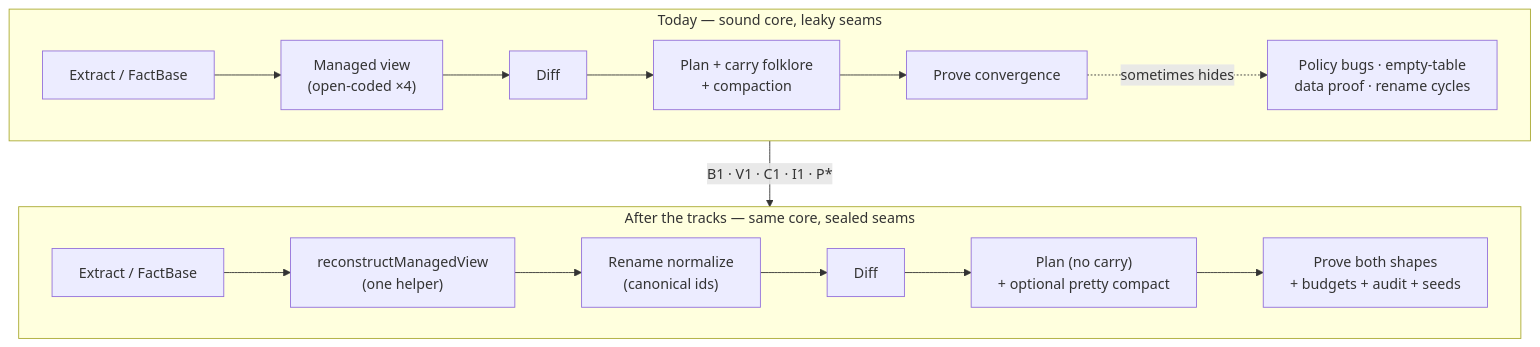
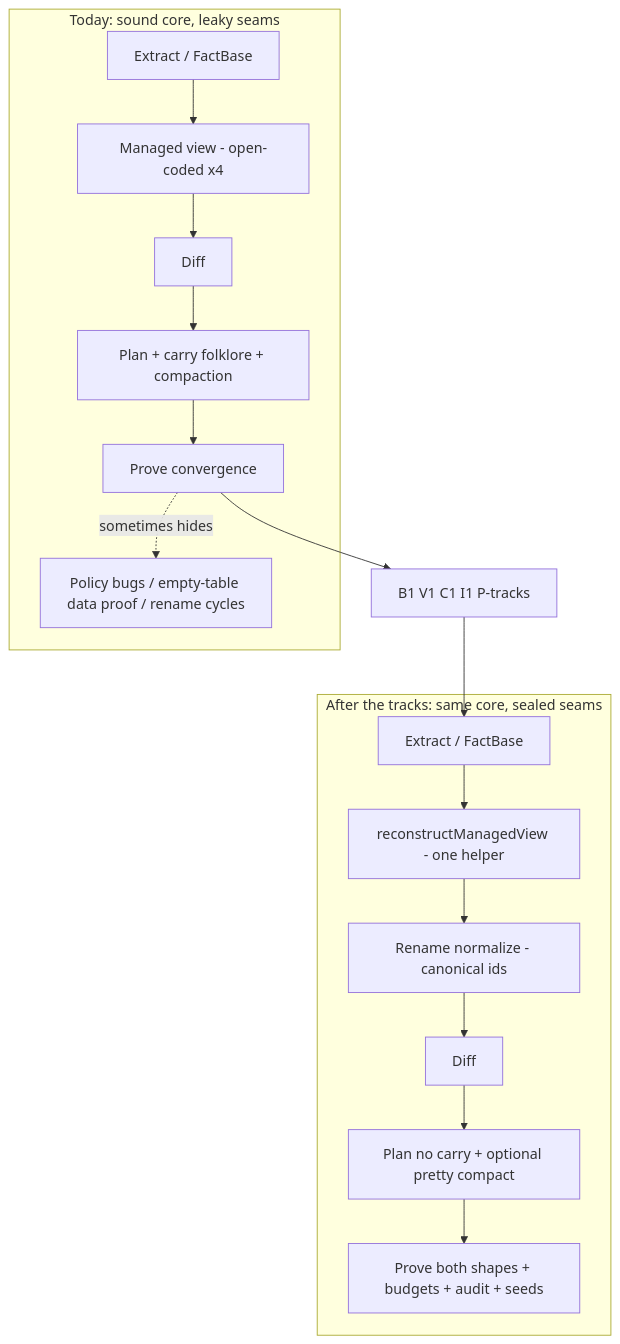
Before and after one commit to 7ttp/pg-toolbelt: the first of 11 diagrams in docs/roadmap/agent-tracks/OVERVIEW.md, drawn with Mermaid. The commit also changed other lines of this file and 2 other files, not shown here.

````diff
--- a/docs/roadmap/agent-tracks/OVERVIEW.md
+++ b/docs/roadmap/agent-tracks/OVERVIEW.md
@@ -19,20 +19,22 @@
 ```mermaid
 flowchart TB
-  subgraph today ["Today — sound core, leaky seams"]
-    E[Extract / FactBase] --> V["Managed view<br/>(open-coded ×4)"]
+  subgraph today [Today: sound core, leaky seams]
+    E[Extract / FactBase] --> V[Managed view - open-coded x4]
     V --> D[Diff]
-    D --> P["Plan + carry folklore<br/>+ compaction"]
+    D --> P[Plan + carry folklore + compaction]
     P --> R[Prove convergence]
-    R -.->|sometimes hides| X["Policy bugs · empty-table<br/>data proof · rename cycles"]
+    R -.->|sometimes hides| X[Policy bugs / empty-table data proof / rename cycles]
   end
 
-  subgraph after ["After the tracks — same core, sealed seams"]
-    E2[Extract / FactBase] --> V2["reconstructManagedView<br/>(one helper)"]
-    V2 --> N["Rename normalize<br/>(canonical ids)"]
+  R --> BRIDGE[B1 V1 C1 I1 P-tracks]
+
+  subgraph after [After the tracks: same core, sealed seams]
+    E2[Extract / FactBase] --> V2[reconstructManagedView - one helper]
+    V2 --> N[Rename normalize - canonical ids]
     N --> D2[Diff]
-    D2 --> P2["Plan (no carry)<br/>+ optional pretty compact"]
-    P2 --> R2["Prove both shapes<br/>+ budgets + audit + seeds"]
+    D2 --> P2[Plan no carry + optional pretty compact]
+    P2 --> R2[Prove both shapes + budgets + audit + seeds]
   end
 
-  today -->|"B1 · V1 · C1 · I1 · P*"| after
+  BRIDGE --> E2
 ```
````
